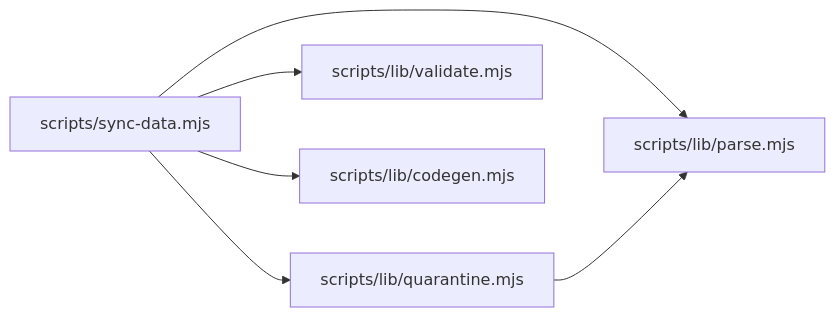
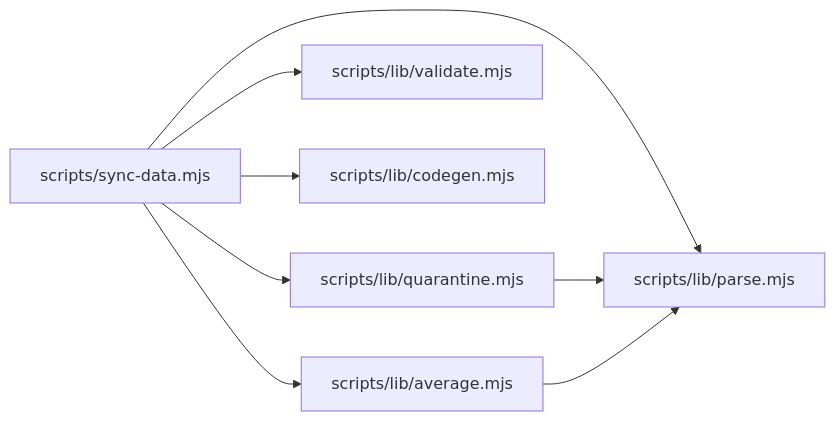
Before and after one commit to delirium-dj/modelcomp: the ninth of 9 diagrams in .qoder/repowiki/en/content/Data Management System/Data Synchronization Pipeline/Sync Script Overview.md, drawn with Mermaid. The commit also changed other lines of this file and 162 other files, not shown here.

````diff
--- a/.qoder/repowiki/en/content/Data Management System/Data Synchronization Pipeline/Sync Script Overview.md
+++ b/.qoder/repowiki/en/content/Data Management System/Data Synchronization Pipeline/Sync Script Overview.md
@@ -393,8 +447,10 @@
 ```mermaid
 graph LR
 SD["scripts/sync-data.mjs"] --> P["scripts/lib/parse.mjs"]
 SD --> Q["scripts/lib/quarantine.mjs"]
 SD --> V["scripts/lib/validate.mjs"]
 SD --> C["scripts/lib/codegen.mjs"]
+SD --> A["scripts/lib/average.mjs"]
 Q --> P
+A --> P
 ```
````
